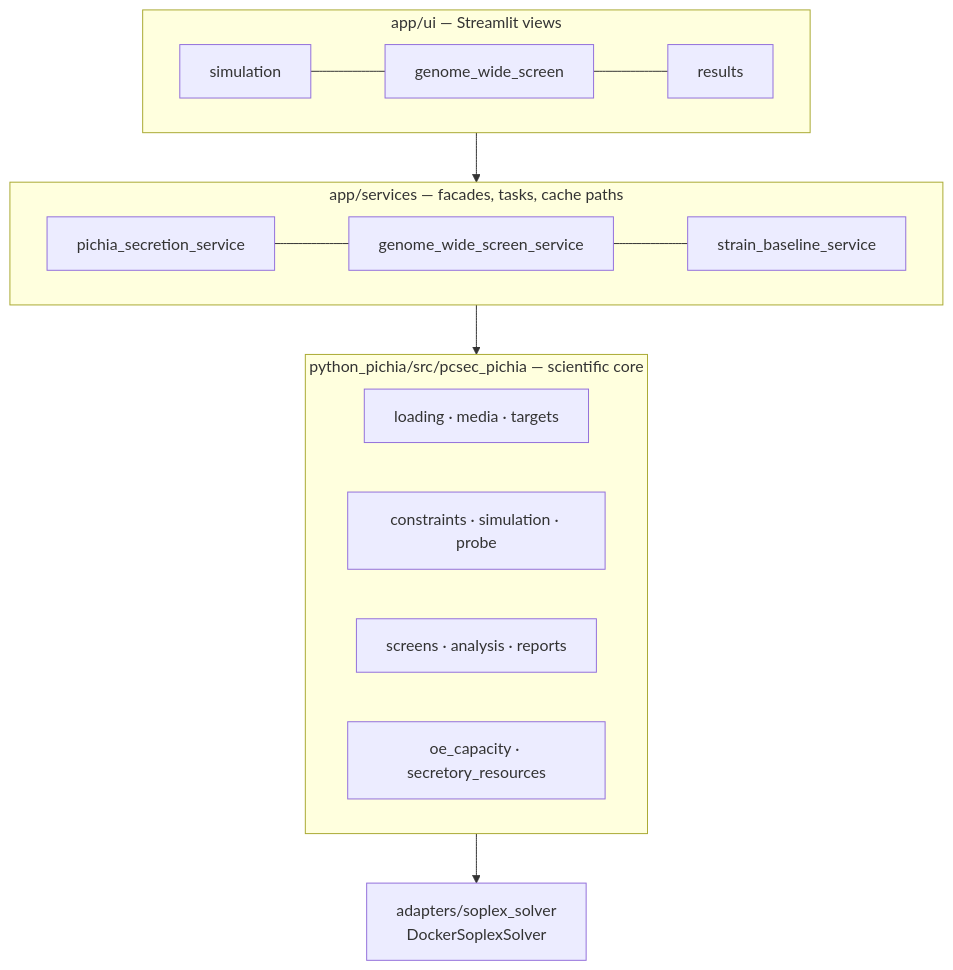
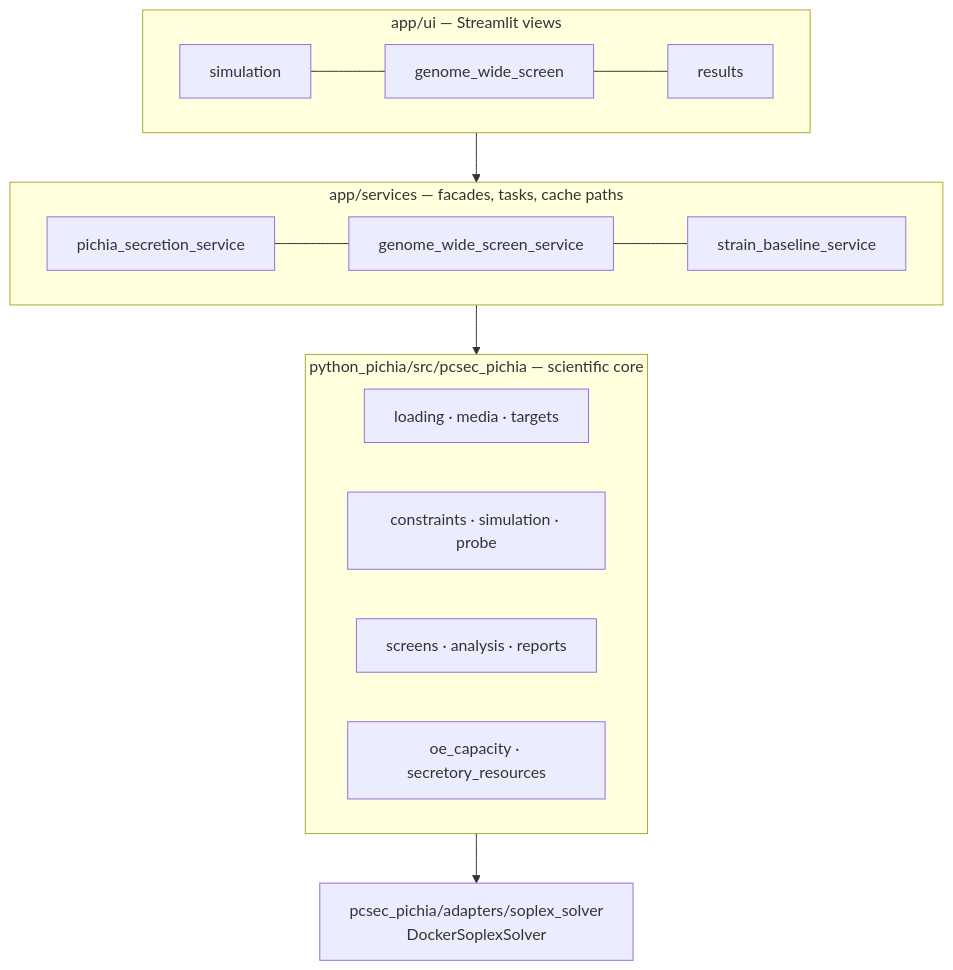
One commit to 77652189/pcSecYeastSpecies changed the diagram in README.md. Above: the diagram before and after it, drawn with Mermaid. The commit also changed other lines of this file and 1 other file, not shown here.

First line of the commit message:
docs(readme): 修正 soplex adapter 路径

````diff
--- a/README.md
+++ b/README.md
@@ -20,18 +20,18 @@
 ```mermaid
 flowchart TB
   subgraph UI["app/ui — Streamlit views"]
     V1[simulation] --- V2[genome_wide_screen] --- V3[results]
   end
   subgraph SVC["app/services — facades, tasks, cache paths"]
     S1[pichia_secretion_service] --- S2[genome_wide_screen_service] --- S3[strain_baseline_service]
   end
   subgraph CORE["python_pichia/src/pcsec_pichia — scientific core"]
     C1[loading · media · targets]
     C2[constraints · simulation · probe]
     C3[screens · analysis · reports]
     C4[oe_capacity · secretory_resources]
   end
-  ADP["adapters/soplex_solver<br/>DockerSoplexSolver"]
+  ADP["pcsec_pichia/adapters/soplex_solver<br/>DockerSoplexSolver"]
 
   UI --> SVC --> CORE --> ADP
 ```
````
